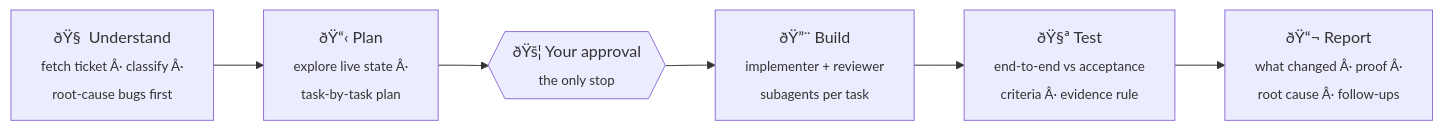
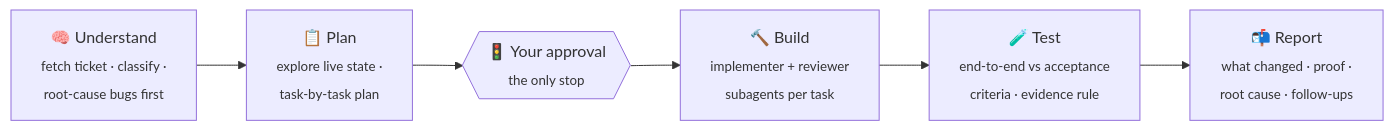
One commit to sys-nat-ai/One2Ten changed the diagram in README.md. Above: the diagram before and after it, drawn with Mermaid. The commit also changed other lines of this file, not shown here.

````diff
--- a/README.md
+++ b/README.md
@@ -42,8 +42,8 @@
 ```mermaid
 flowchart LR
-    A["ðŸ§  Understand<br/><sub>fetch ticket Â· classify Â·<br/>root-cause bugs first</sub>"] --> B["ðŸ“‹ Plan<br/><sub>explore live state Â·<br/>task-by-task plan</sub>"]
-    B --> G{{"ðŸš¦ Your approval<br/><sub>the only stop</sub>"}}
-    G --> C["ðŸ”¨ Build<br/><sub>implementer + reviewer<br/>subagents per task</sub>"]
-    C --> D["ðŸ§ª Test<br/><sub>end-to-end vs acceptance<br/>criteria Â· evidence rule</sub>"]
-    D --> E["ðŸ“¬ Report<br/><sub>what changed Â· proof Â·<br/>root cause Â· follow-ups</sub>"]
+    A["🧠 Understand<br/><sub>fetch ticket · classify ·<br/>root-cause bugs first</sub>"] --> B["📋 Plan<br/><sub>explore live state ·<br/>task-by-task plan</sub>"]
+    B --> G{{"🚦 Your approval<br/><sub>the only stop</sub>"}}
+    G --> C["🔨 Build<br/><sub>implementer + reviewer<br/>subagents per task</sub>"]
+    C --> D["🧪 Test<br/><sub>end-to-end vs acceptance<br/>criteria · evidence rule</sub>"]
+    D --> E["📬 Report<br/><sub>what changed · proof ·<br/>root cause · follow-ups</sub>"]
 ```
````
